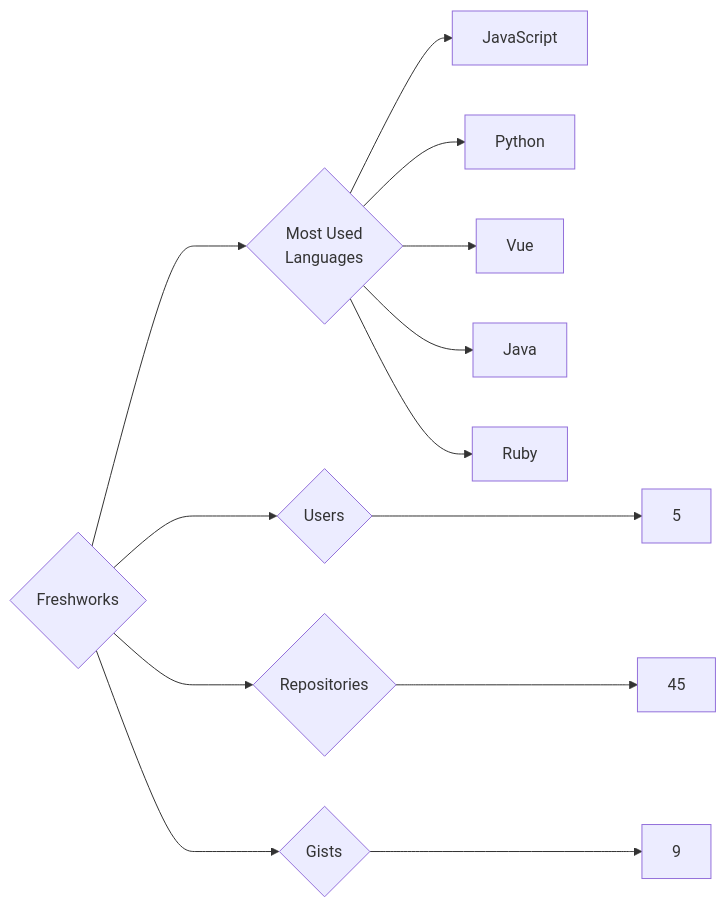
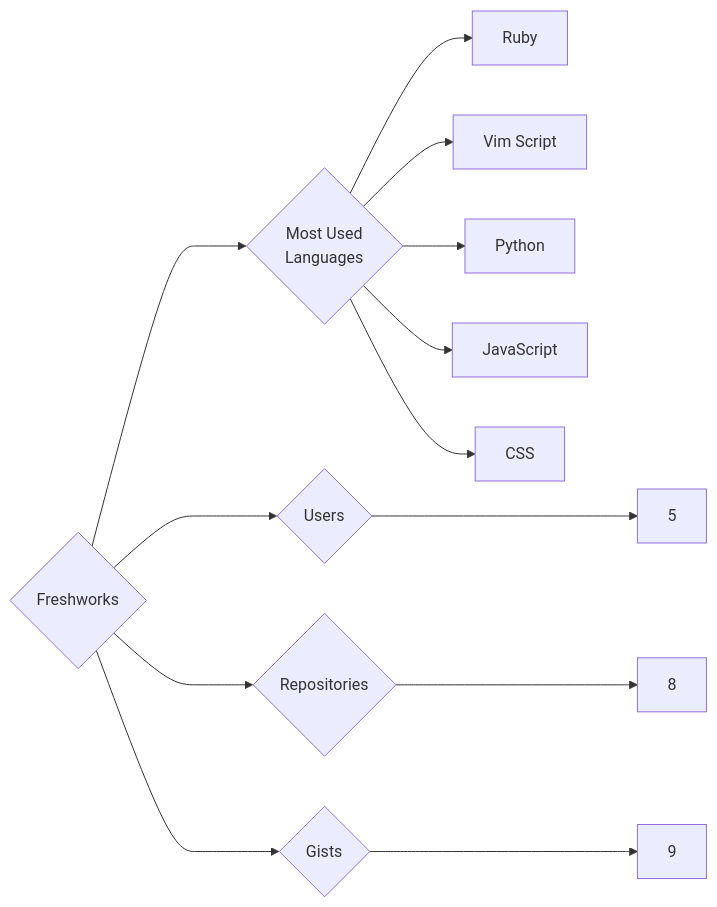
One commit to trickest/insiders changed the diagram in targets/Freshworks/README.md. Above: the diagram before and after it, drawn with Mermaid. The commit also changed 1092 other files, not shown here.

````diff
--- a/targets/Freshworks/README.md
+++ b/targets/Freshworks/README.md
@@ -3,13 +3,13 @@
 ```mermaid
 graph LR
 COMPANY_NAME{Freshworks}
 COMPANY_NAME ---> U{Users} ---> UN[5]
-COMPANY_NAME ---> R{Repositories} ---> RN[45]
+COMPANY_NAME ---> R{Repositories} ---> RN[8]
 COMPANY_NAME ---> G{Gists} ---> GN[9]
 COMPANY_NAME ---> ML{Most Used<br>Languages}
+ML --> Ruby[Ruby]
+ML --> Vim_Script[Vim Script]
+ML --> Python[Python]
 ML --> JavaScript[JavaScript]
-ML --> Python[Python]
-ML --> Vue[Vue]
-ML --> Java[Java]
-ML --> Ruby[Ruby]
+ML --> CSS[CSS]
 ```
````
